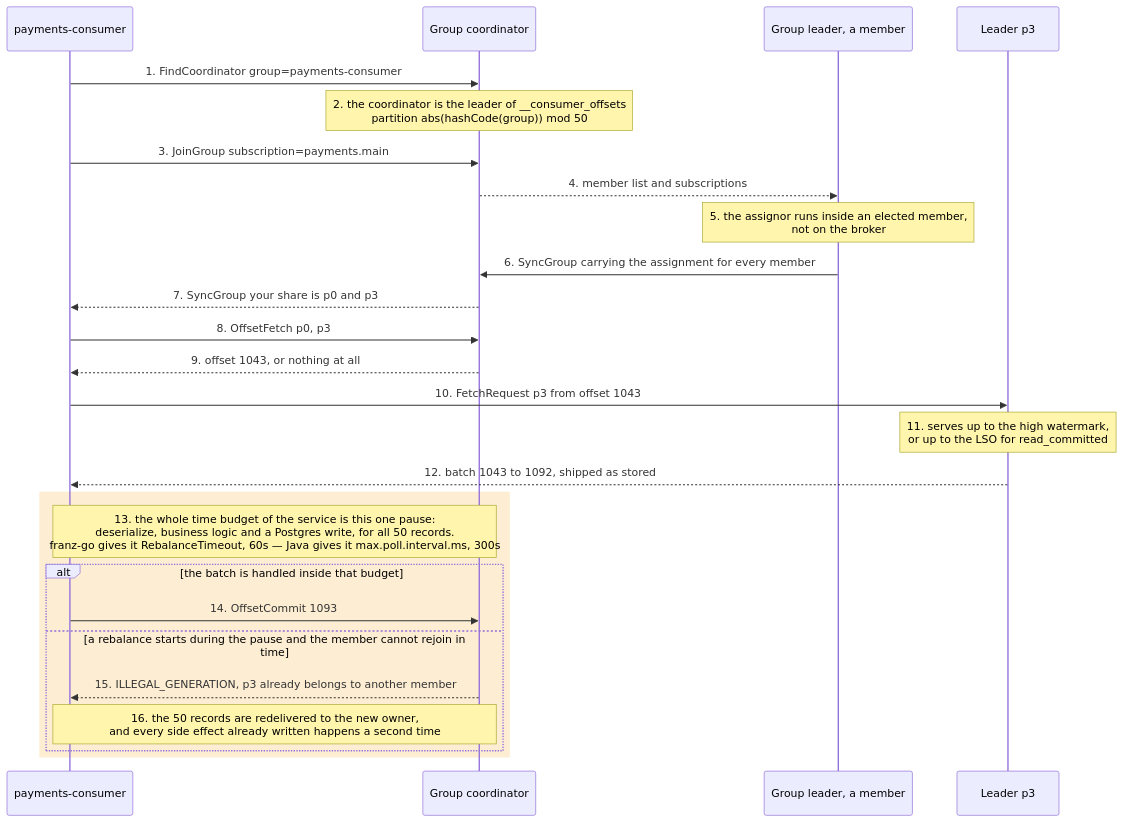
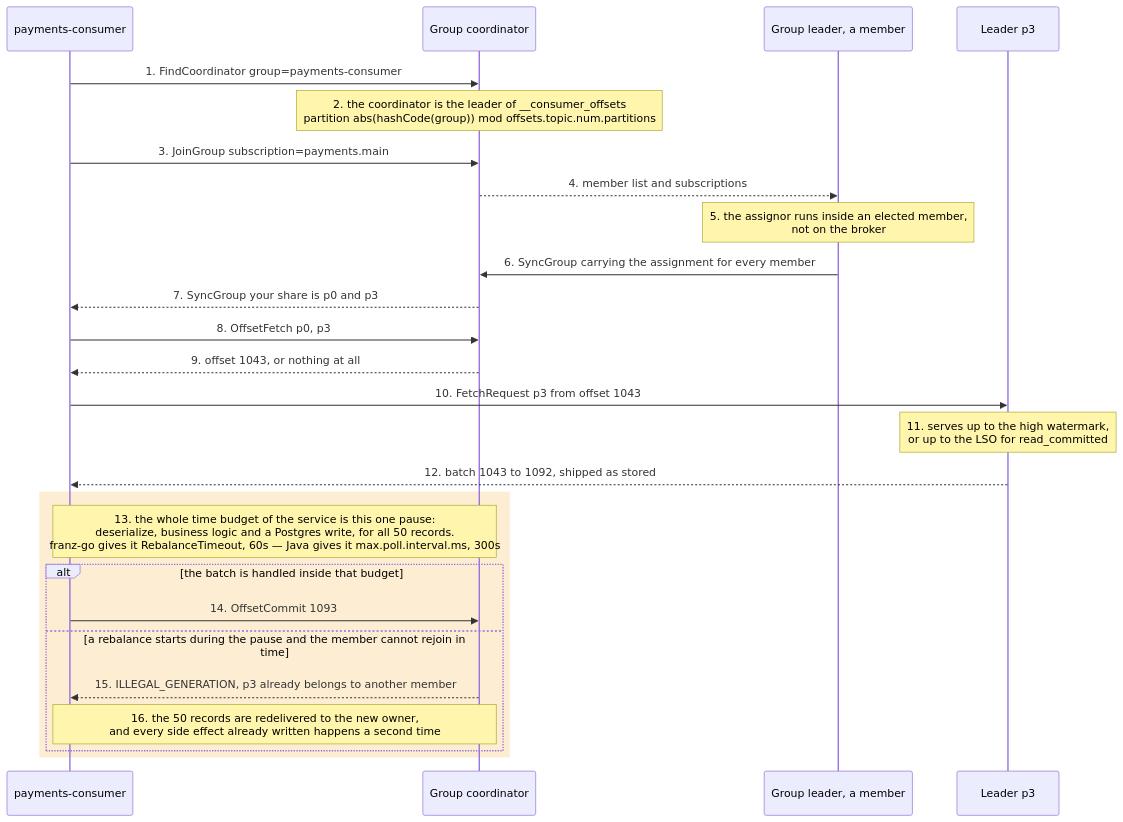
One commit to DmytroLysenko1/Kafka-lab changed the diagram in docs/static/03-read-path.md. Above: the diagram before and after it, drawn with Mermaid. The commit also changed other lines of this file and 7 other files, not shown here.

First line of the commit message:
tied the retry and dead-letter docs to the consumer group

````diff
--- a/docs/static/03-read-path.md
+++ b/docs/static/03-read-path.md
@@ -8,34 +8,34 @@
 ```mermaid
 sequenceDiagram
     participant C as payments-consumer
     participant CO as Group coordinator
     participant GL as Group leader, a member
     participant L as Leader p3
 
     C->>CO: 1. FindCoordinator group=payments-consumer
-    Note over CO: 2. the coordinator is the leader of __consumer_offsets<br/>partition abs(hashCode(group)) mod 50
+    Note over CO: 2. the coordinator is the leader of __consumer_offsets<br/>partition abs(hashCode(group)) mod offsets.topic.num.partitions
 
     C->>CO: 3. JoinGroup subscription=payments.main
     CO-->>GL: 4. member list and subscriptions
     Note over GL: 5. the assignor runs inside an elected member,<br/>not on the broker
     GL->>CO: 6. SyncGroup carrying the assignment for every member
     CO-->>C: 7. SyncGroup your share is p0 and p3
 
     C->>CO: 8. OffsetFetch p0, p3
     CO-->>C: 9. offset 1043, or nothing at all
 
     C->>L: 10. FetchRequest p3 from offset 1043
     Note over L: 11. serves up to the high watermark,<br/>or up to the LSO for read_committed
     L-->>C: 12. batch 1043 to 1092, shipped as stored
 
     rect rgba(245, 158, 11, 0.18)
         Note over C,CO: 13. the whole time budget of the service is this one pause:<br/>deserialize, business logic and a Postgres write, for all 50 records.<br/>franz-go gives it RebalanceTimeout, 60s — Java gives it max.poll.interval.ms, 300s
 
         alt the batch is handled inside that budget
             C->>CO: 14. OffsetCommit 1093
         else a rebalance starts during the pause and the member cannot rejoin in time
             CO-->>C: 15. ILLEGAL_GENERATION, p3 already belongs to another member
             Note over C,CO: 16. the 50 records are redelivered to the new owner,<br/>and every side effect already written happens a second time
         end
     end
 ```
````
